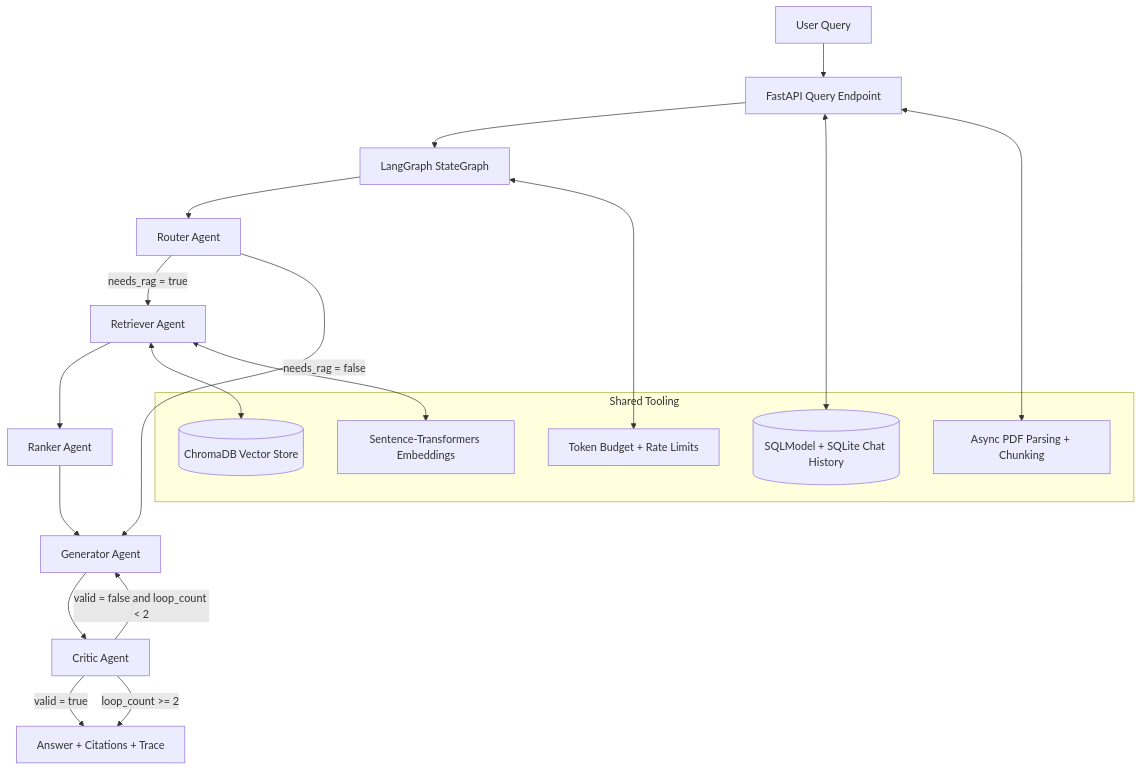
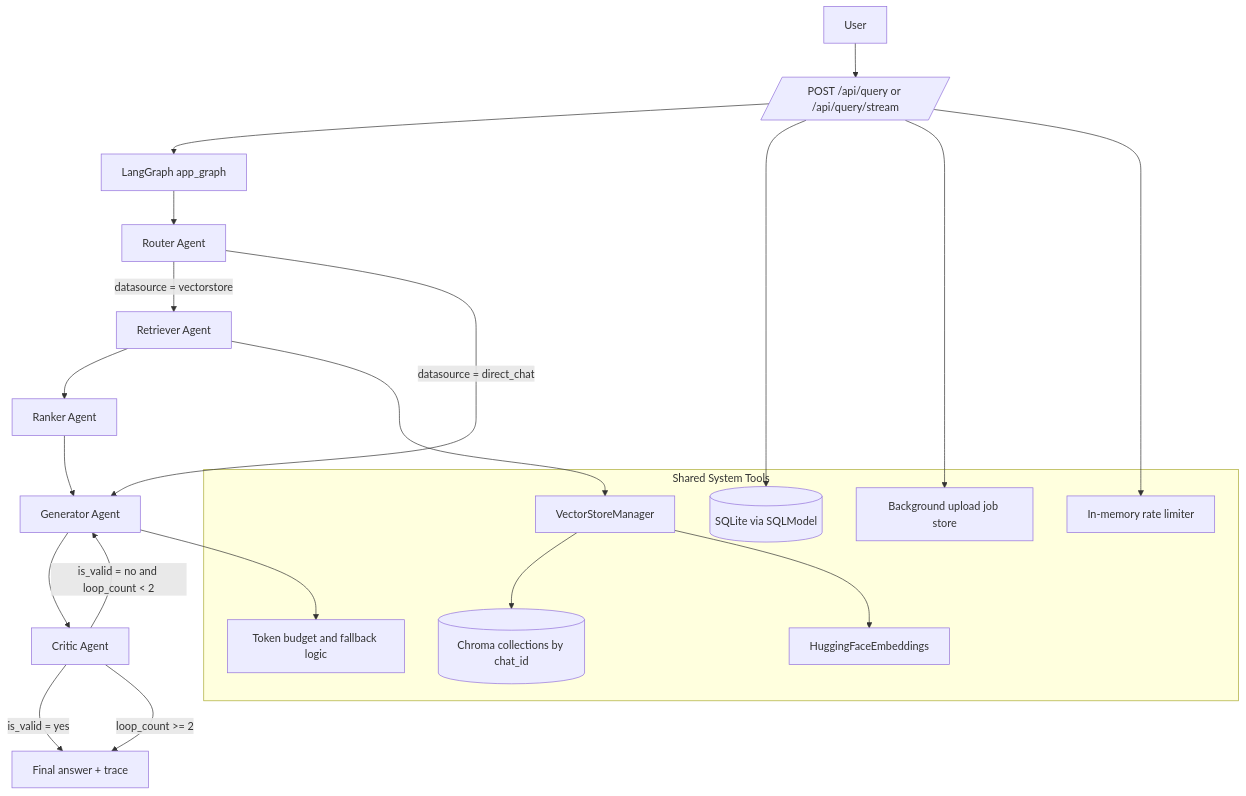
The diagram in README.md (YassirCher/agentic-ai-research-assistant-azure), drawn with Mermaid before and after one commit. The commit also changed other lines of this file and 1 other file, not shown here.

Commit message:
docs: professional readme and technical documentation with multi-agent schemas

````diff
--- a/README.md
+++ b/README.md
@@ -22,31 +54,35 @@
 ```mermaid
 flowchart TD
-		U[User Query] --> API[FastAPI Query Endpoint]
-		API --> G[LangGraph StateGraph]
+		U[User] --> Q[/POST /api/query or /api/query/stream/]
+		Q --> G[LangGraph app_graph]
 
-		G --> R1[Router Agent]
-		R1 -->|needs_rag = true| RET[Retriever Agent]
-		R1 -->|needs_rag = false| GEN[Generator Agent]
+		G --> R[Router Agent]
+		R -->|datasource = vectorstore| RET[Retriever Agent]
+		R -->|datasource = direct_chat| GEN[Generator Agent]
 
 		RET --> RANK[Ranker Agent]
 		RANK --> GEN
+		GEN --> CRI[Critic Agent]
 
-		GEN --> CRIT[Critic Agent]
-		CRIT -->|valid = true| OUT[Answer + Citations + Trace]
-		CRIT -->|valid = false and loop_count < 2| GEN
-		CRIT -->|loop_count >= 2| OUT
+		CRI -->|is_valid = yes| DONE[Final answer + trace]
+		CRI -->|is_valid = no and loop_count < 2| GEN
+		CRI -->|loop_count >= 2| DONE
 
-		subgraph Shared Tooling
-			VS[(ChromaDB Vector Store)]
-			EMB[Sentence-Transformers Embeddings]
-			SQL[(SQLModel + SQLite Chat History)]
-			PDF[Async PDF Parsing + Chunking]
-			BUD[Token Budget + Rate Limits]
+		subgraph Shared System Tools
+			VM[VectorStoreManager]
+			CH[(Chroma collections by chat_id)]
+			EMB[HuggingFaceEmbeddings]
+			DB[(SQLite via SQLModel)]
+			UP[Background upload job store]
+			TB[Token budget and fallback logic]
+			RL[In-memory rate limiter]
 		end
 
-		RET <--> VS
-		RET <--> EMB
-		API <--> SQL
-		API <--> PDF
-		G <--> BUD
+		RET --> VM
+		VM --> CH
+		VM --> EMB
+		Q --> DB
+		Q --> UP
+		GEN --> TB
+		Q --> RL
 ```
````
